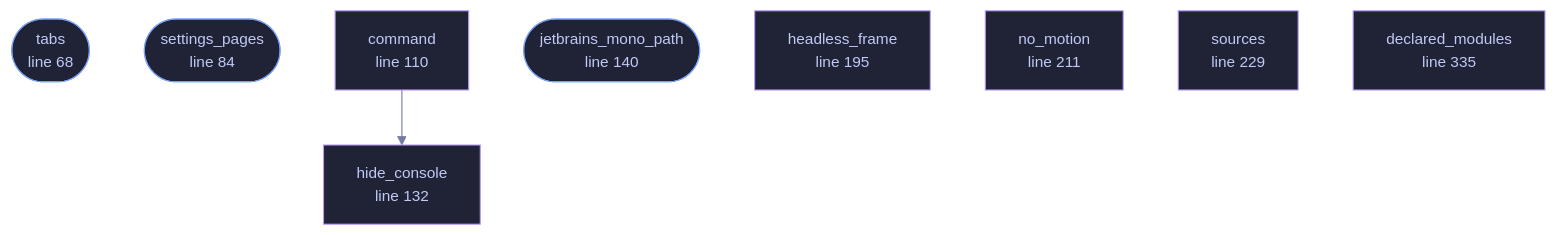
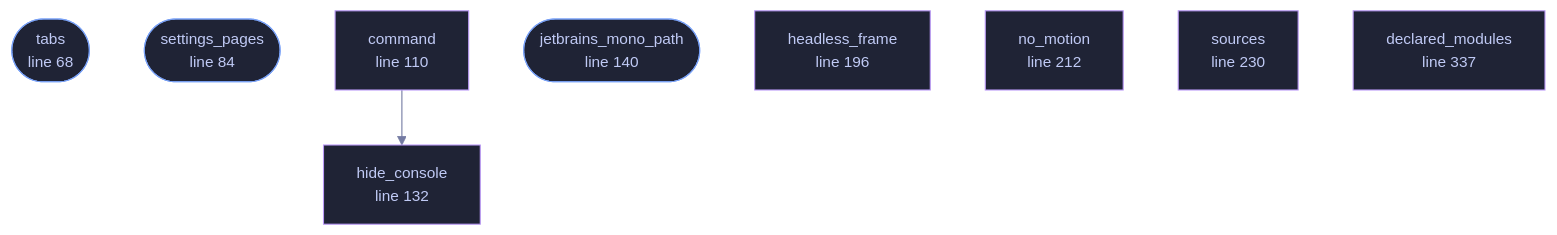
The diagram in docs/files/veilvoice-gui/lib.md (tilas01/veilvoice), drawn with Mermaid before and after one commit. The commit also changed other lines of this file and 102 other files, not shown here.

````diff
--- a/docs/files/veilvoice-gui/lib.md
+++ b/docs/files/veilvoice-gui/lib.md
@@ -106,29 +106,29 @@
 ```mermaid
 %%{init: {"theme":"base","themeVariables":{"background":"#1a1b26","primaryColor":"#1f2335","primaryTextColor":"#c0caf5","primaryBorderColor":"#7aa2f7","secondaryColor":"#16161e","tertiaryColor":"#16161e","lineColor":"#737aa2","textColor":"#c0caf5","mainBkg":"#1f2335","nodeBorder":"#7aa2f7","clusterBkg":"#16161e","clusterBorder":"#2f3549","fontFamily":"ui-monospace, SFMono-Regular, Consolas, monospace","fontSize":"14px"}}}%%
 flowchart TD
     n_tabs(["tabs<br/>line 68"])
     n_settings_pages(["settings_pages<br/>line 84"])
     n_command["command<br/>line 110"]
     n_hide_console["hide_console<br/>line 122"]
     n_hide_console["hide_console<br/>line 132"]
     n_jetbrains_mono_path(["jetbrains_mono_path<br/>line 140"])
-    n_headless_frame["headless_frame<br/>line 195"]
-    n_no_motion["no_motion<br/>line 211"]
-    n_sources["sources<br/>line 229"]
-    n_declared_modules["declared_modules<br/>line 335"]
+    n_headless_frame["headless_frame<br/>line 196"]
+    n_no_motion["no_motion<br/>line 212"]
+    n_sources["sources<br/>line 230"]
+    n_declared_modules["declared_modules<br/>line 337"]
     n_command --> n_hide_console
     click n_tabs href "https://github.com/tilas01/veilvoice/blob/main/crates/veilvoice-gui/src/lib.rs#L68" "open the source"
     click n_settings_pages href "https://github.com/tilas01/veilvoice/blob/main/crates/veilvoice-gui/src/lib.rs#L84" "open the source"
     click n_command href "https://github.com/tilas01/veilvoice/blob/main/crates/veilvoice-gui/src/lib.rs#L110" "open the source"
     click n_hide_console href "https://github.com/tilas01/veilvoice/blob/main/crates/veilvoice-gui/src/lib.rs#L122" "open the source"
     click n_hide_console href "https://github.com/tilas01/veilvoice/blob/main/crates/veilvoice-gui/src/lib.rs#L132" "open the source"
     click n_jetbrains_mono_path href "https://github.com/tilas01/veilvoice/blob/main/crates/veilvoice-gui/src/lib.rs#L140" "open the source"
-    click n_headless_frame href "https://github.com/tilas01/veilvoice/blob/main/crates/veilvoice-gui/src/lib.rs#L195" "open the source"
-    click n_no_motion href "https://github.com/tilas01/veilvoice/blob/main/crates/veilvoice-gui/src/lib.rs#L211" "open the source"
-    click n_sources href "https://github.com/tilas01/veilvoice/blob/main/crates/veilvoice-gui/src/lib.rs#L229" "open the source"
-    click n_declared_modules href "https://github.com/tilas01/veilvoice/blob/main/crates/veilvoice-gui/src/lib.rs#L335" "open the source"
+    click n_headless_frame href "https://github.com/tilas01/veilvoice/blob/main/crates/veilvoice-gui/src/lib.rs#L196" "open the source"
+    click n_no_motion href "https://github.com/tilas01/veilvoice/blob/main/crates/veilvoice-gui/src/lib.rs#L212" "open the source"
+    click n_sources href "https://github.com/tilas01/veilvoice/blob/main/crates/veilvoice-gui/src/lib.rs#L230" "open the source"
+    click n_declared_modules href "https://github.com/tilas01/veilvoice/blob/main/crates/veilvoice-gui/src/lib.rs#L337" "open the source"
     classDef entry fill:#1f2335,stroke:#7aa2f7,color:#c0caf5
     class n_tabs,n_settings_pages,n_jetbrains_mono_path entry
     classDef helper fill:#1f2335,stroke:#bb9af7,color:#c0caf5
     class n_command,n_hide_console,n_hide_console,n_headless_frame,n_no_motion,n_sources,n_declared_modules helper
 ```
````
